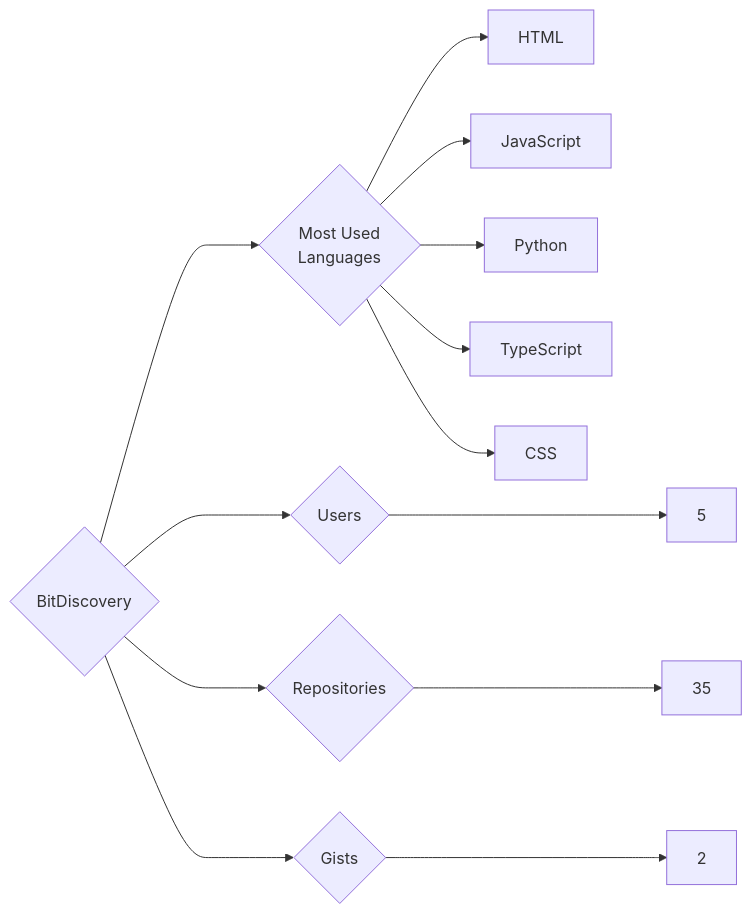
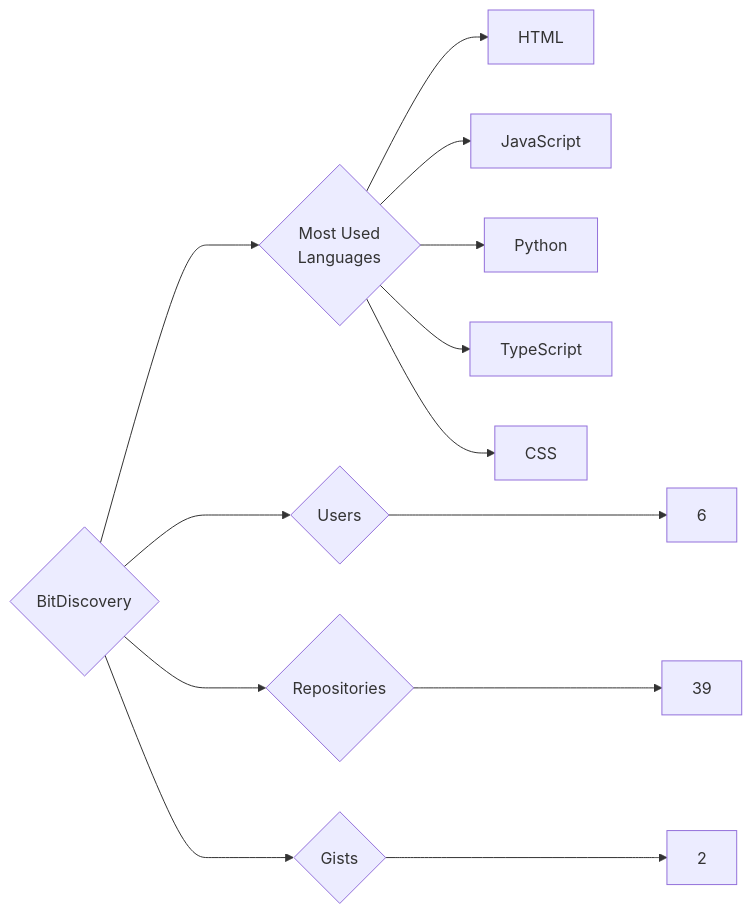
One commit to trickest/insiders changed the diagram in targets/BitDiscovery/README.md. Above: the diagram before and after it, drawn with Mermaid. The commit also changed 997 other files, not shown here.

````diff
--- a/targets/BitDiscovery/README.md
+++ b/targets/BitDiscovery/README.md
@@ -3,13 +3,13 @@
 ```mermaid
 graph LR
 COMPANY_NAME{BitDiscovery}
-COMPANY_NAME ---> U{Users} ---> UN[5]
-COMPANY_NAME ---> R{Repositories} ---> RN[35]
+COMPANY_NAME ---> U{Users} ---> UN[6]
+COMPANY_NAME ---> R{Repositories} ---> RN[39]
 COMPANY_NAME ---> G{Gists} ---> GN[2]
 COMPANY_NAME ---> ML{Most Used<br>Languages}
 ML --> HTML[HTML]
 ML --> JavaScript[JavaScript]
 ML --> Python[Python]
 ML --> TypeScript[TypeScript]
 ML --> CSS[CSS]
 ```
````
